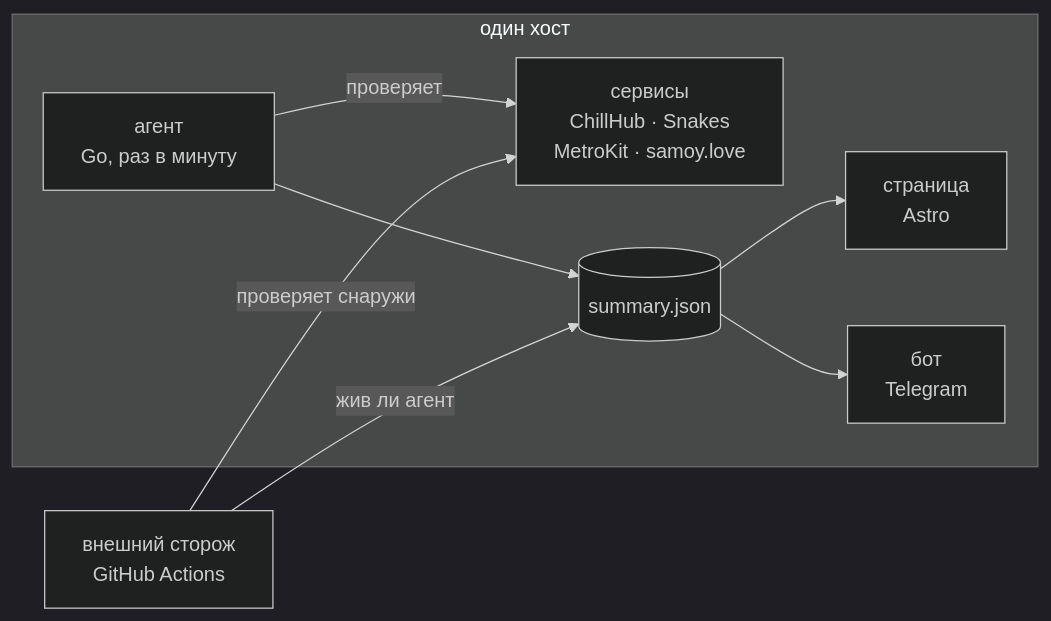
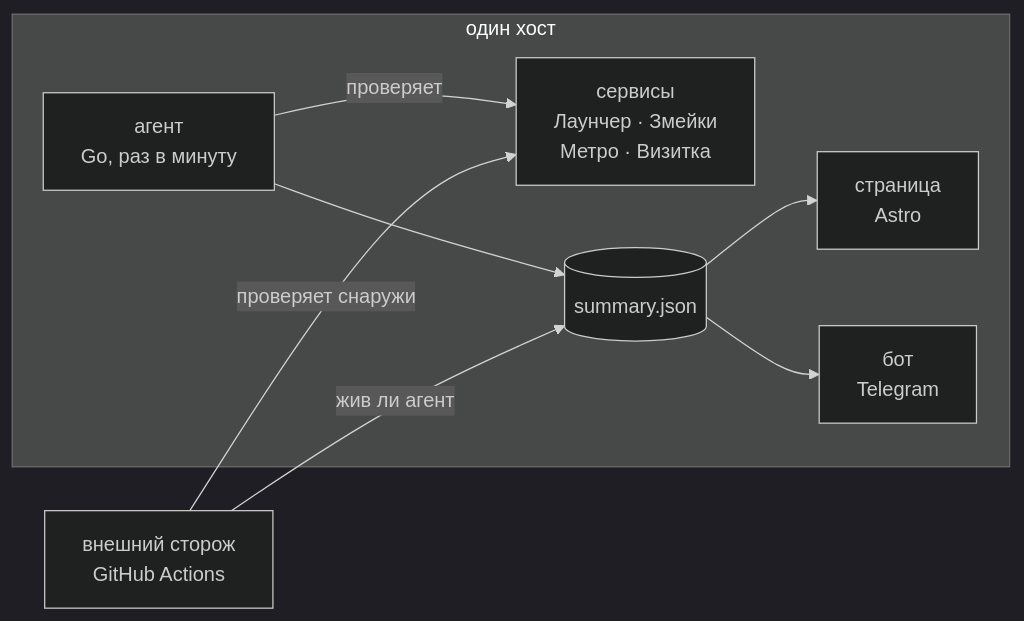
One commit to tr0llex/Samoy.love-Status changed the diagram in README.md. Above: the diagram before and after it, drawn with Mermaid (dark theme). The commit also changed other lines of this file and 16 other files, not shown here.

````diff
--- a/README.md
+++ b/README.md
@@ -34,17 +34,17 @@
 ```mermaid
 flowchart LR
     subgraph host["один хост"]
-        svc["сервисы<br/>ChillHub · Snakes<br/>MetroKit · samoy.love"]
+        svc["сервисы<br/>Лаунчер · Змейки<br/>Метро · Визитка"]
         agent["агент<br/>Go, раз в минуту"]
         json[("summary.json")]
         page["страница<br/>Astro"]
         bot["бот<br/>Telegram"]
         agent -->|проверяет| svc
         agent --> json
         json --> page
         json --> bot
     end
     watch["внешний сторож<br/>GitHub Actions"]
     watch -->|проверяет снаружи| svc
     watch -->|жив ли агент| json
 ```
````
